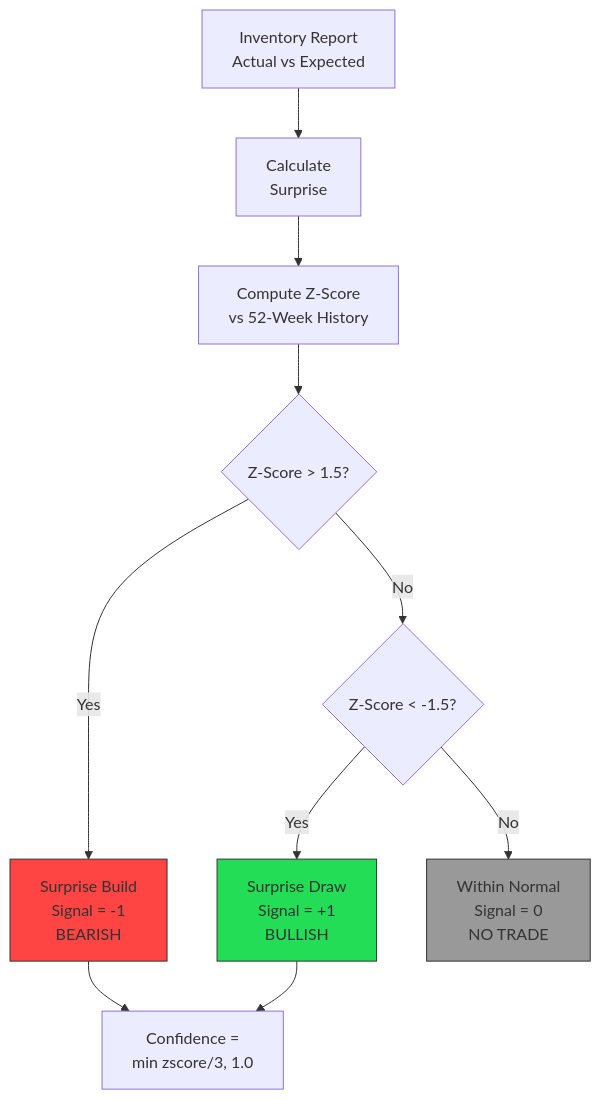
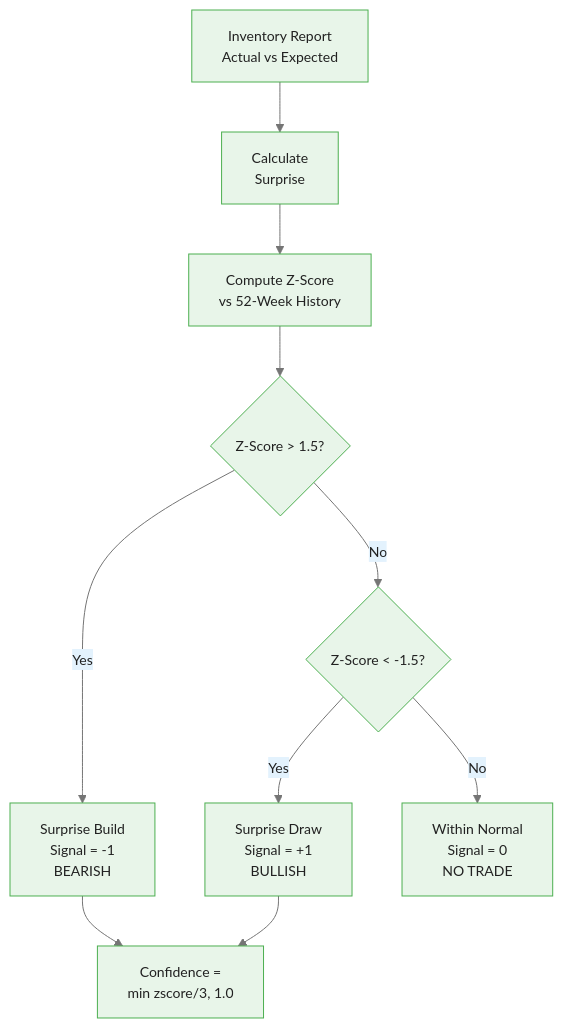
One commit to m-deane/course-creator changed the second of 6 diagrams in courses/genai-commodities/modules/module_05_signals/guides/01_signal_frameworks_slides.md. Above: the diagram before and after it, drawn with Mermaid. The commit also changed other lines of this file and 84 other files, not shown here.

````diff
--- a/courses/genai-commodities/modules/module_05_signals/guides/01_signal_frameworks_slides.md
+++ b/courses/genai-commodities/modules/module_05_signals/guides/01_signal_frameworks_slides.md
@@ -162,19 +179,16 @@
 ```mermaid
+%%{init: {"theme": "base", "themeVariables": {"primaryColor": "#e8f5e9", "primaryBorderColor": "#4caf50", "primaryTextColor": "#212121", "secondaryColor": "#e3f2fd", "tertiaryColor": "#fff8e1", "lineColor": "#757575", "fontFamily": "Inter, sans-serif", "fontSize": "14px"}}}%%
 flowchart TD
     A[Inventory Report<br/>Actual vs Expected] --> B[Calculate<br/>Surprise]
     B --> C[Compute Z-Score<br/>vs 52-Week History]
 
     C --> D{Z-Score > 1.5?}
     D -->|Yes| E[Surprise Build<br/>Signal = -1<br/>BEARISH]
     D -->|No| F{Z-Score < -1.5?}
 
     F -->|Yes| G[Surprise Draw<br/>Signal = +1<br/>BULLISH]
     F -->|No| H[Within Normal<br/>Signal = 0<br/>NO TRADE]
 
     E --> I[Confidence =<br/>min zscore/3, 1.0]
     G --> I
-
-    style E fill:#f44,stroke:#333
-    style G fill:#2d5,stroke:#333
-    style H fill:#999,stroke:#333
 ```
````
